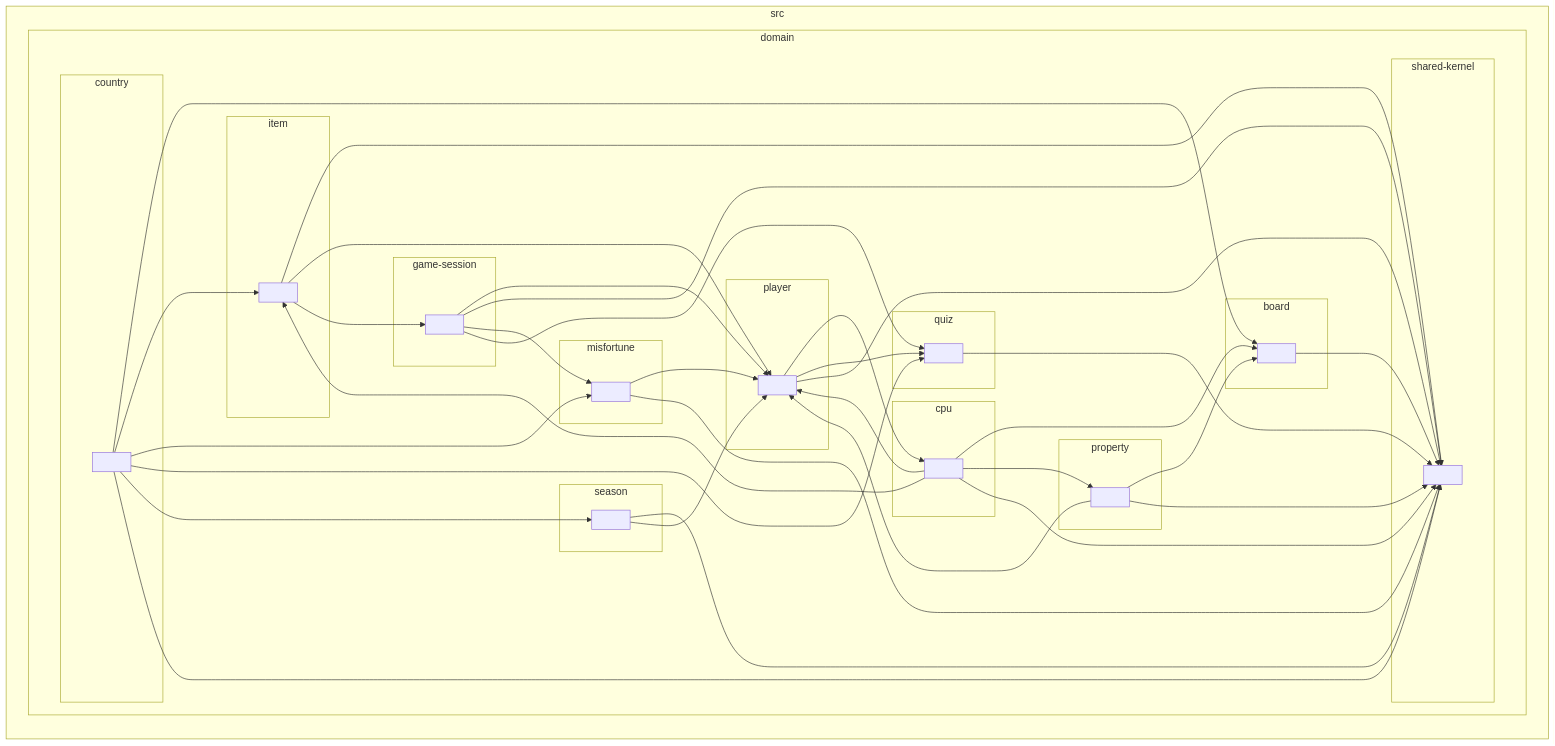
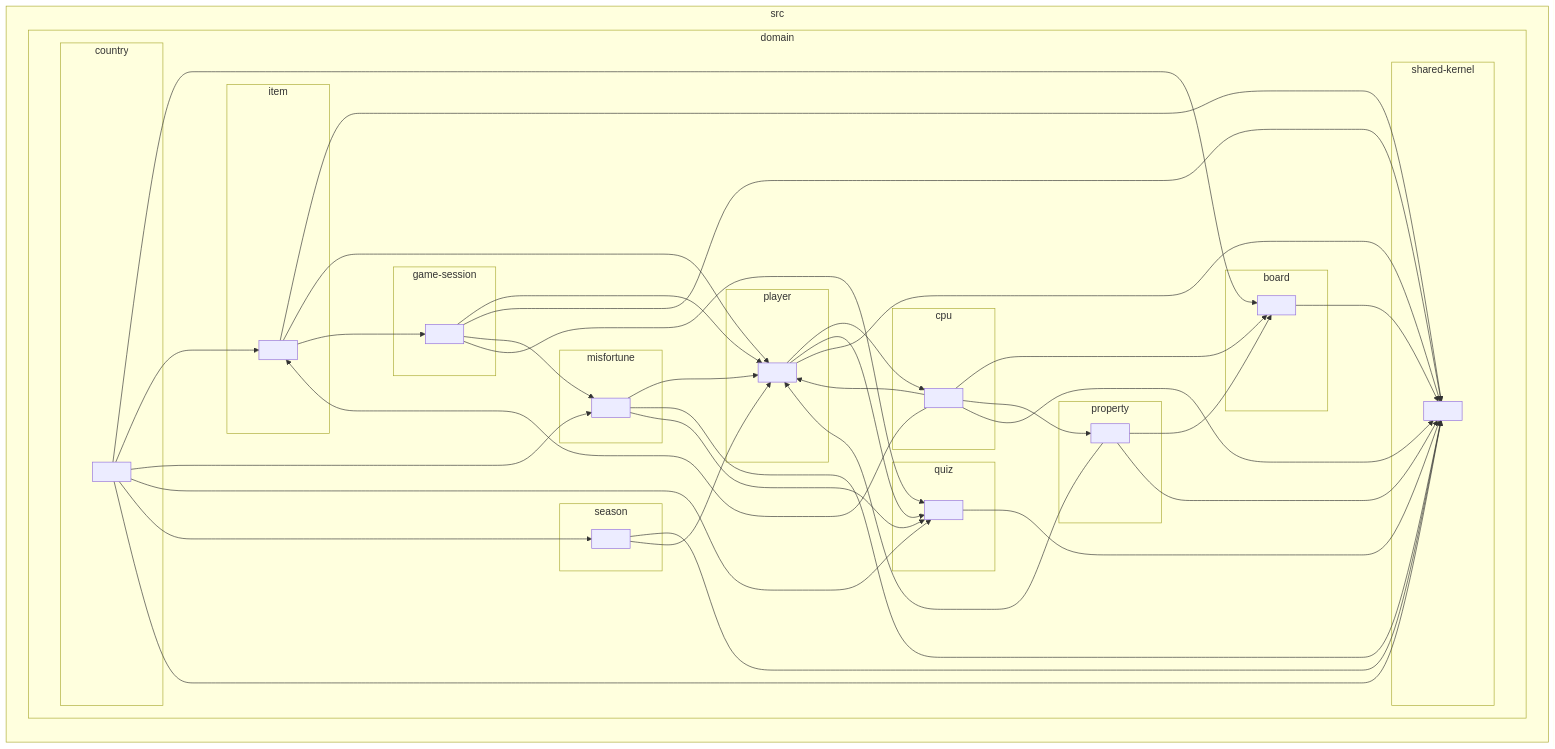
One commit to t29mato/grand-express changed the third of 3 diagrams in docs/10-architecture/06-dependency-graph.md. Above: the diagram before and after it, drawn with Mermaid. The commit also changed other lines of this file and 2 other files, not shown here.

````diff
--- a/docs/10-architecture/06-dependency-graph.md
+++ b/docs/10-architecture/06-dependency-graph.md
@@ -298,71 +301,72 @@
 ```mermaid
 flowchart LR
 
 subgraph 0["src"]
 subgraph 1["domain"]
 subgraph 2["board"]
 3[" "]
 end
 subgraph 4["country"]
 5[" "]
 end
 subgraph 6["cpu"]
 7[" "]
 end
 subgraph 8["game-session"]
 9[" "]
 end
 subgraph A["item"]
 B[" "]
 end
 subgraph C["misfortune"]
 D[" "]
 end
 subgraph E["player"]
 F[" "]
 end
 subgraph G["property"]
 H[" "]
 end
 subgraph I["quiz"]
 J[" "]
 end
 subgraph K["season"]
 L[" "]
 end
 subgraph M["shared-kernel"]
 N[" "]
 end
 end
 end
 3-->N
 5-->3
 5-->B
 5-->D
 5-->J
 5-->L
 5-->N
 7-->3
 7-->F
 7-->H
 7-->N
 7-->B
 9-->F
 9-->N
 9-->D
 9-->J
 B-->N
 B-->F
 B-->9
 D-->F
 D-->N
+D-->J
 F-->7
 F-->J
 F-->N
 H-->3
 H-->F
 H-->N
 J-->N
 L-->N
 L-->F
 ```
````
